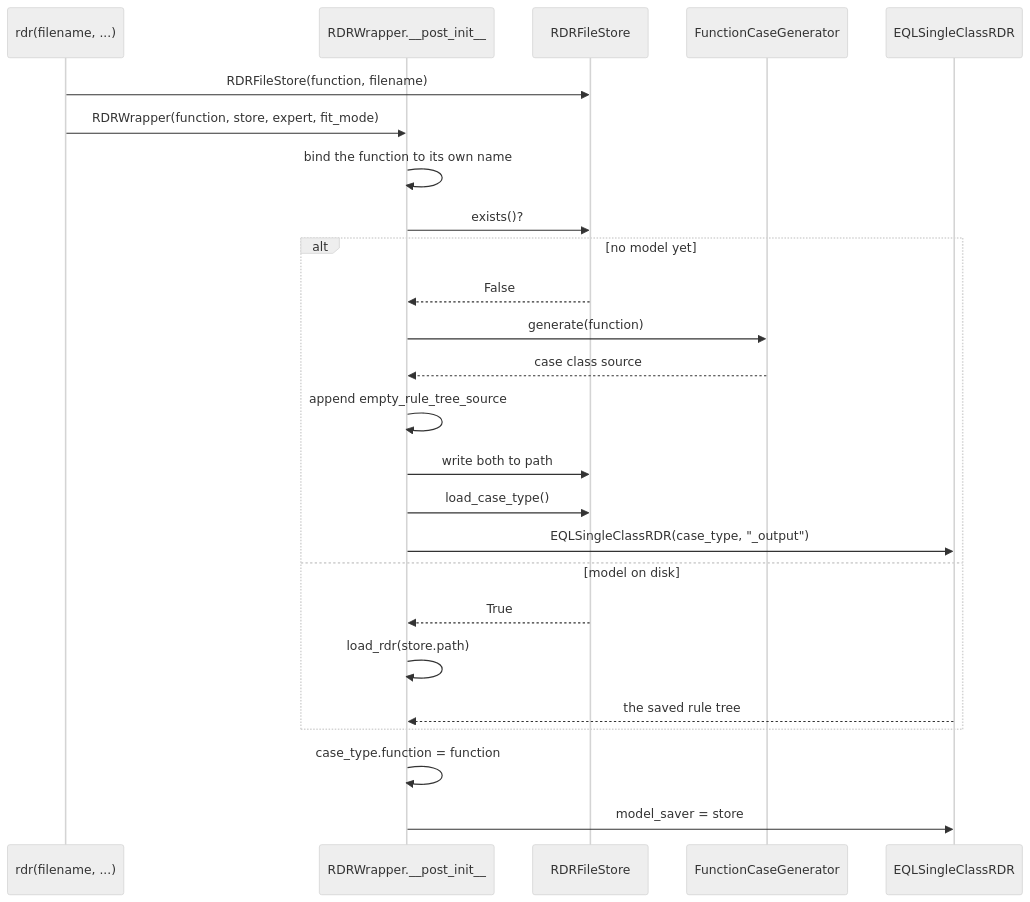
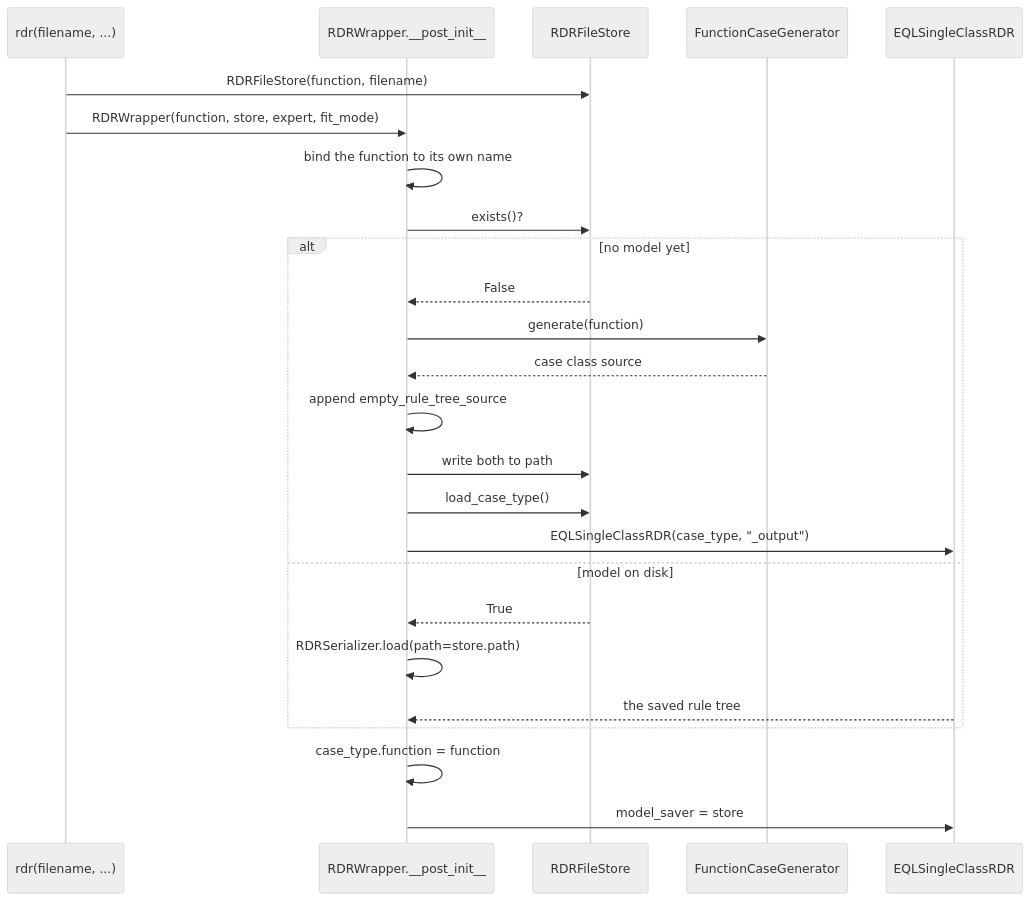
One commit to AbdelrhmanBassiouny/cognitive_robot_abstract_machine changed the diagram in krrood/doc/eql/developer/rdr_decorator.md. Above: the diagram before and after it, drawn with Mermaid (neutral theme). The commit also changed other lines of this file and 3 other files, not shown here.

````diff
--- a/krrood/doc/eql/developer/rdr_decorator.md
+++ b/krrood/doc/eql/developer/rdr_decorator.md
@@ -52,28 +52,28 @@
 ```{mermaid}
 sequenceDiagram
     participant Factory as rdr(filename, ...)
     participant Wrapper as RDRWrapper.__post_init__
     participant Store as RDRFileStore
     participant Generator as FunctionCaseGenerator
     participant Tree as EQLSingleClassRDR
 
     Factory->>Store: RDRFileStore(function, filename)
     Factory->>Wrapper: RDRWrapper(function, store, expert, fit_mode)
     Wrapper->>Wrapper: bind the function to its own name
     Wrapper->>Store: exists()?
     alt no model yet
         Store-->>Wrapper: False
         Wrapper->>Generator: generate(function)
         Generator-->>Wrapper: case class source
         Wrapper->>Wrapper: append empty_rule_tree_source
         Wrapper->>Store: write both to path
         Wrapper->>Store: load_case_type()
         Wrapper->>Tree: EQLSingleClassRDR(case_type, "_output")
     else model on disk
         Store-->>Wrapper: True
-        Wrapper->>Wrapper: load_rdr(store.path)
+        Wrapper->>Wrapper: RDRSerializer.load(path=store.path)
         Tree-->>Wrapper: the saved rule tree
     end
     Wrapper->>Wrapper: case_type.function = function
     Wrapper->>Tree: model_saver = store
 ```
````
